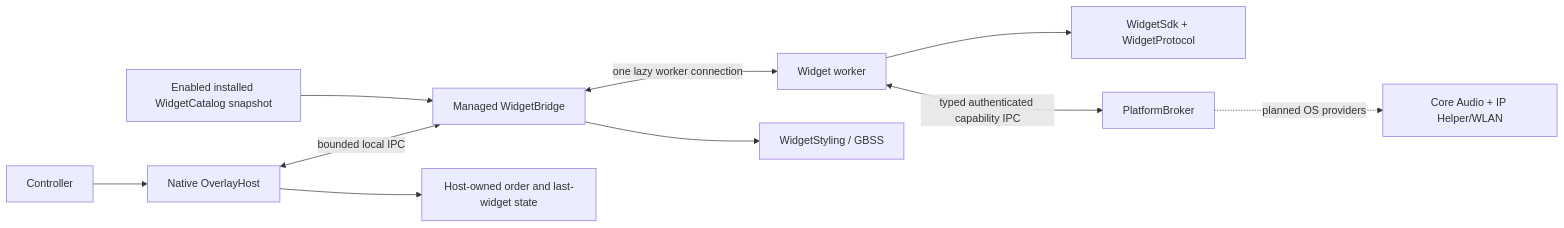
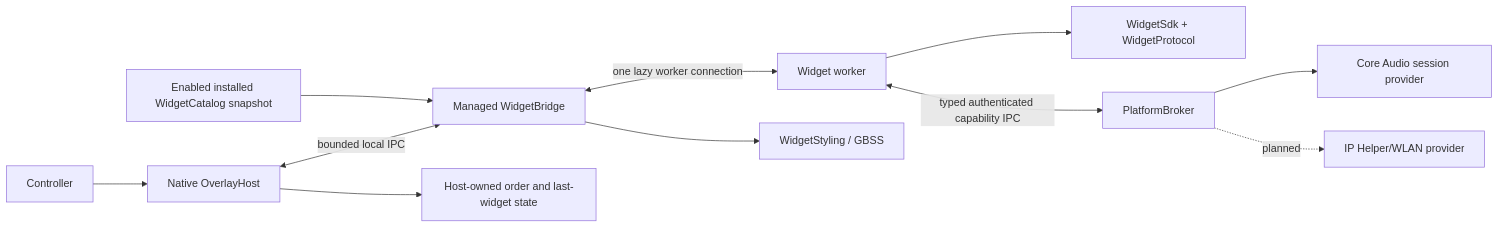
Before and after one commit to sandwi-dev/WidgetRail: the diagram in docs/platform-architecture.md, drawn with Mermaid. The commit also changed other lines of this file and 55 other files, not shown here.

````diff
--- a/docs/platform-architecture.md
+++ b/docs/platform-architecture.md
@@ -10,12 +10,13 @@
 ```mermaid
 flowchart LR
     Controller["Controller"] --> Host["Native OverlayHost"]
     Host <-->|"bounded local IPC"| Bridge["Managed WidgetBridge"]
     Bridge <-->|"one lazy worker connection"| Worker["Widget worker"]
     Worker --> SDK["WidgetSdk + WidgetProtocol"]
     Bridge --> Styling["WidgetStyling / GBSS"]
     Worker <-->|"typed authenticated capability IPC"| Broker["PlatformBroker"]
-    Broker -. "planned OS providers" .-> Windows["Core Audio + IP Helper/WLAN"]
+    Broker --> Audio["Core Audio session provider"]
+    Broker -. "planned" .-> Network["IP Helper/WLAN provider"]
     Host --> State["Host-owned order and last-widget state"]
     Catalog["Enabled installed WidgetCatalog snapshot"] --> Bridge
 ```
````
